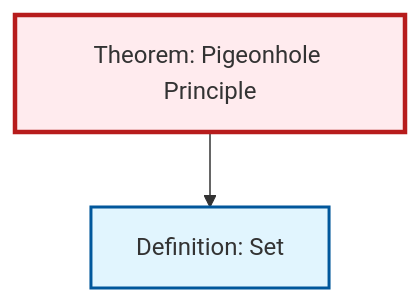
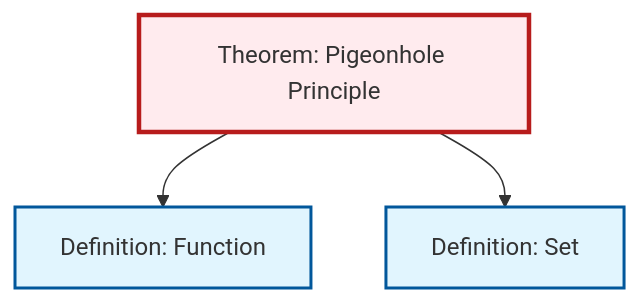
The diagram in content/ja/combinatorics/thm-pigeonhole-principle.qmd (RK0429/ModernMath), drawn with Mermaid before and after one commit. The commit also changed 554 other files, not shown here.

````diff
--- a/content/ja/combinatorics/thm-pigeonhole-principle.qmd
+++ b/content/ja/combinatorics/thm-pigeonhole-principle.qmd
@@ -64,14 +64,17 @@
 ```{mermaid}
 %%| fig-cap: "Local dependency graph"
 graph TD
     classDef definition fill:#e1f5fe,stroke:#01579b,stroke-width:2px
     classDef theorem fill:#f3e5f5,stroke:#4a148c,stroke-width:2px
     classDef axiom fill:#fff3e0,stroke:#e65100,stroke-width:2px
     classDef example fill:#e8f5e9,stroke:#1b5e20,stroke-width:2px
     classDef current fill:#ffebee,stroke:#b71c1c,stroke-width:3px
+    def-set["Definition: Set"]:::definition
     thm-pigeonhole-principle["Theorem: Pigeonhole Principle"]:::theorem
-    def-set["Definition: Set"]:::definition
+    def-function["Definition: Function"]:::definition
+    thm-pigeonhole-principle --> def-function
     thm-pigeonhole-principle --> def-set
     class thm-pigeonhole-principle current
     click def-set "def-set.html" "Definition: Setへ"
+    click def-function "def-function.html" "Definition: Functionへ"
 ```
````
